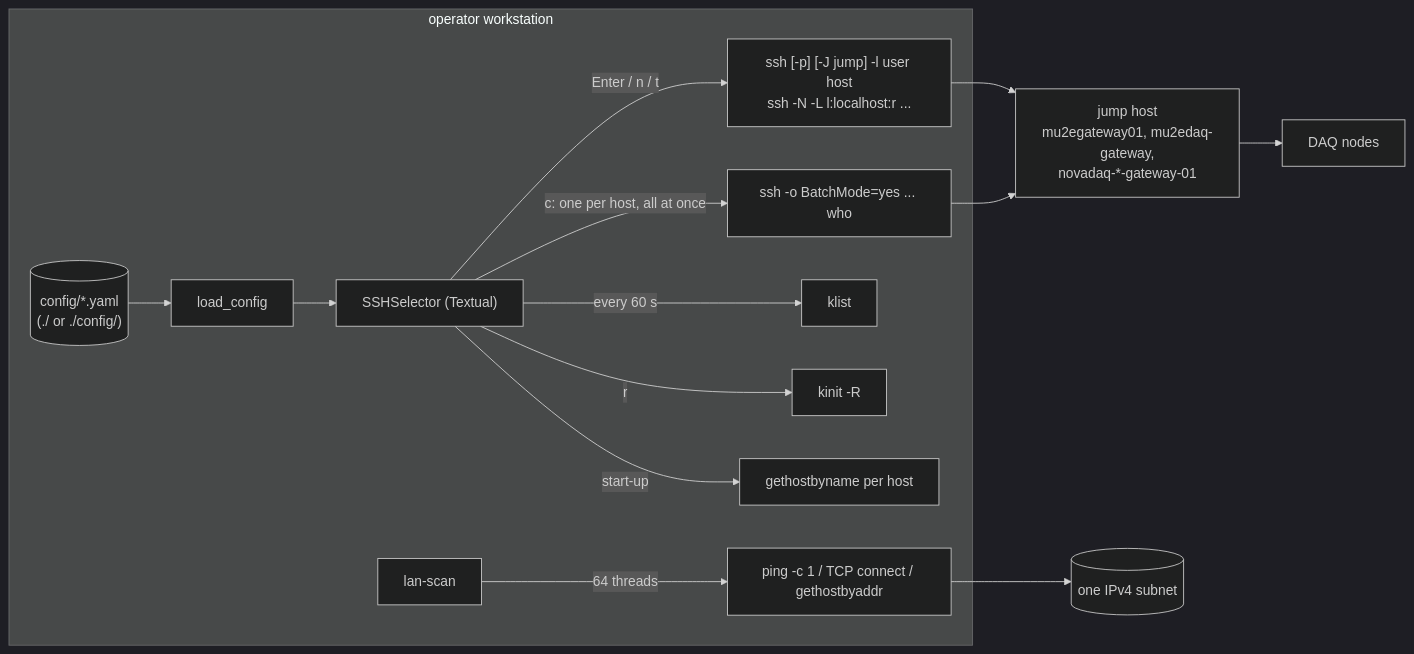
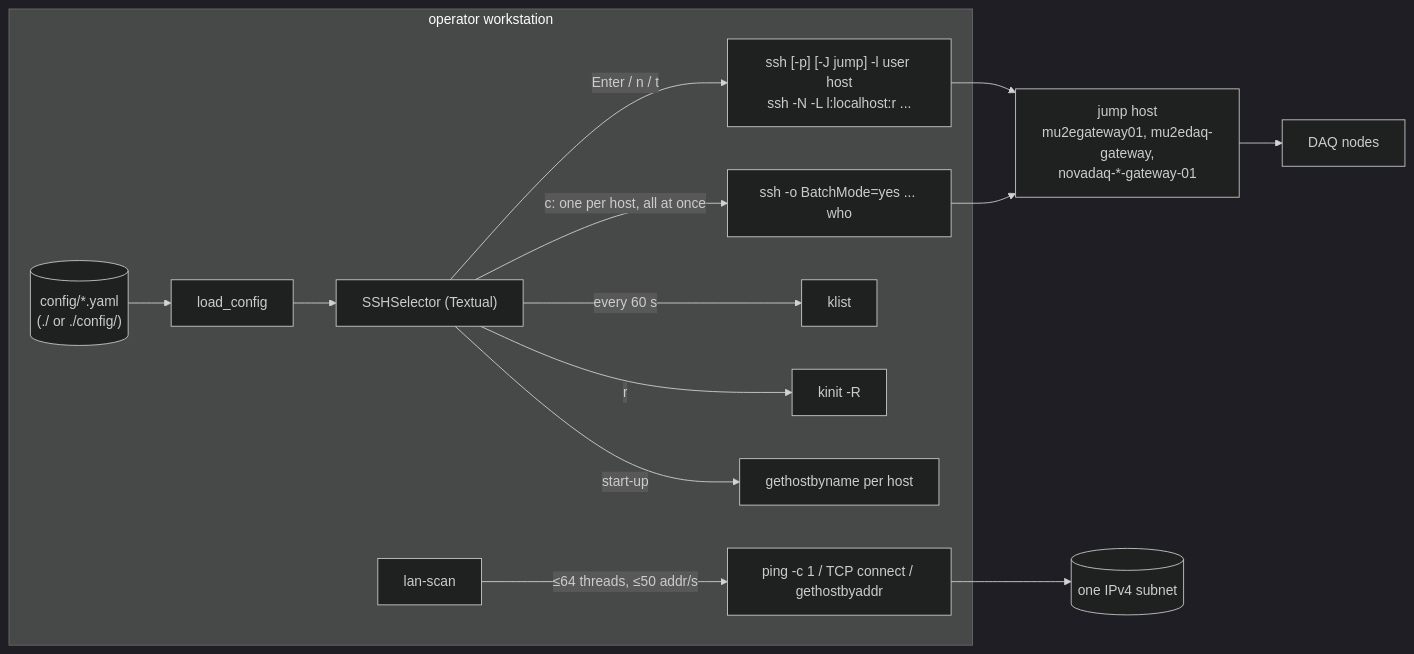
Before and after one commit to Mu2e/mu2edaq-cluster-tools: the diagram in docs/ARCHITECTURE.md, drawn with Mermaid (dark theme). The commit also changed other lines of this file and 10 other files, not shown here.

````diff
--- a/docs/ARCHITECTURE.md
+++ b/docs/ARCHITECTURE.md
@@ -49,17 +49,17 @@
 ```mermaid
 flowchart LR
   subgraph ws["operator workstation"]
     Y[("config/*.yaml<br/>(./ or ./config/)")] --> L["load_config"]
     L --> UI["SSHSelector (Textual)"]
     UI -->|"Enter / n / t"| CMD["ssh [-p] [-J jump] -l user host<br/>ssh -N -L l:localhost:r ..."]
     UI -->|"c: one per host, all at once"| WHO["ssh -o BatchMode=yes ... who"]
     UI -->|"every 60 s"| KL["klist"]
     UI -->|"r"| KI["kinit -R"]
     UI -->|"start-up"| DNS["gethostbyname per host"]
-    LS["lan-scan"] -->|"64 threads"| PING["ping -c 1 / TCP connect / gethostbyaddr"]
+    LS["lan-scan"] -->|"≤64 threads, ≤50 addr/s"| PING["ping -c 1 / TCP connect / gethostbyaddr"]
   end
   CMD --> GW["jump host<br/>mu2egateway01, mu2edaq-gateway,<br/>novadaq-*-gateway-01"]
   WHO --> GW
   GW --> N["DAQ nodes"]
   PING --> NET[("one IPv4 subnet")]
 ```
````
